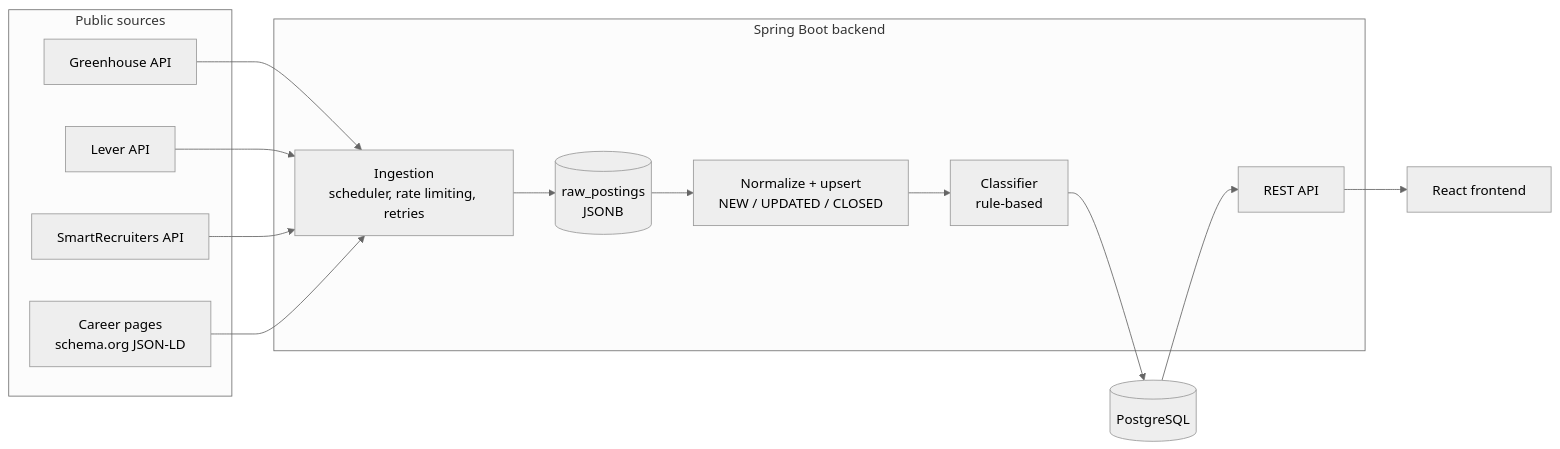
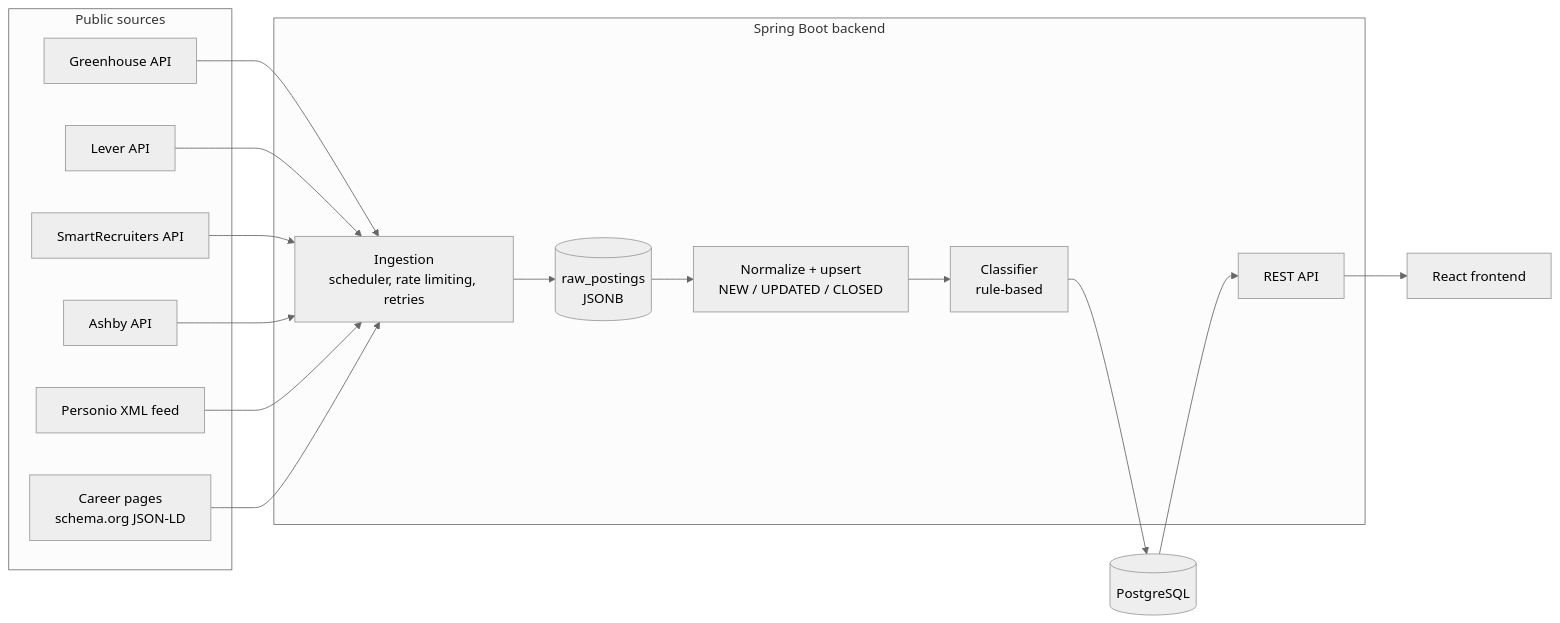
Before and after one commit to denis09890/init: the diagram in README.md, drawn with Mermaid (neutral theme). The commit also changed other lines of this file and 16 other files, not shown here.

First line of the commit message:
feat: add Ashby and Personio connectors and three verified companies (#15)

````diff
--- a/README.md
+++ b/README.md
@@ -47,24 +47,26 @@
 ```mermaid
 flowchart LR
     subgraph Sources["Public sources"]
         GH[Greenhouse API]
         LV[Lever API]
         SR[SmartRecruiters API]
+        AS[Ashby API]
+        PE[Personio XML feed]
         LD[Career pages<br/>schema.org JSON-LD]
     end
 
     subgraph Backend["Spring Boot backend"]
         ING[Ingestion<br/>scheduler, rate limiting, retries]
         RAW[(raw_postings<br/>JSONB)]
         NORM[Normalize + upsert<br/>NEW / UPDATED / CLOSED]
         CLS[Classifier<br/>rule-based]
         API[REST API]
     end
 
     DB[(PostgreSQL)]
     FE[React frontend]
 
-    GH & LV & SR & LD --> ING
+    GH & LV & SR & AS & PE & LD --> ING
     ING --> RAW --> NORM --> CLS --> DB
     DB --> API --> FE
 ```
````
